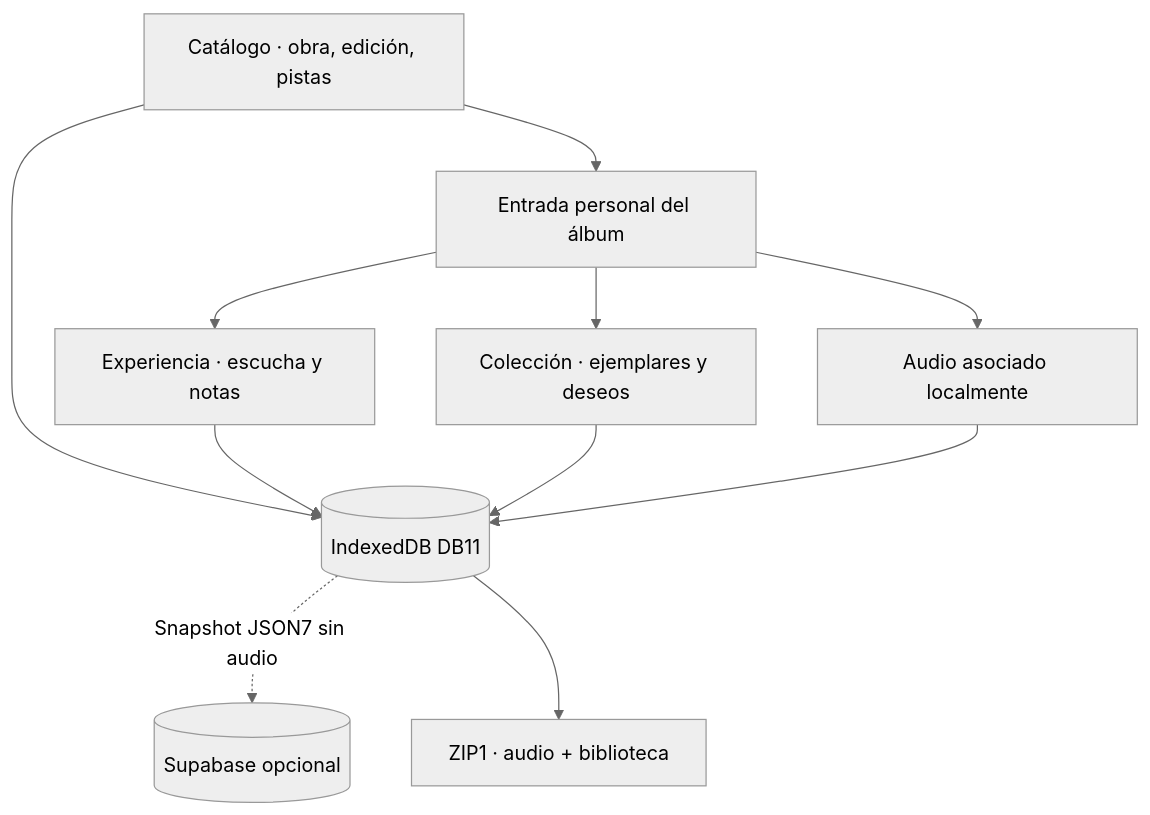
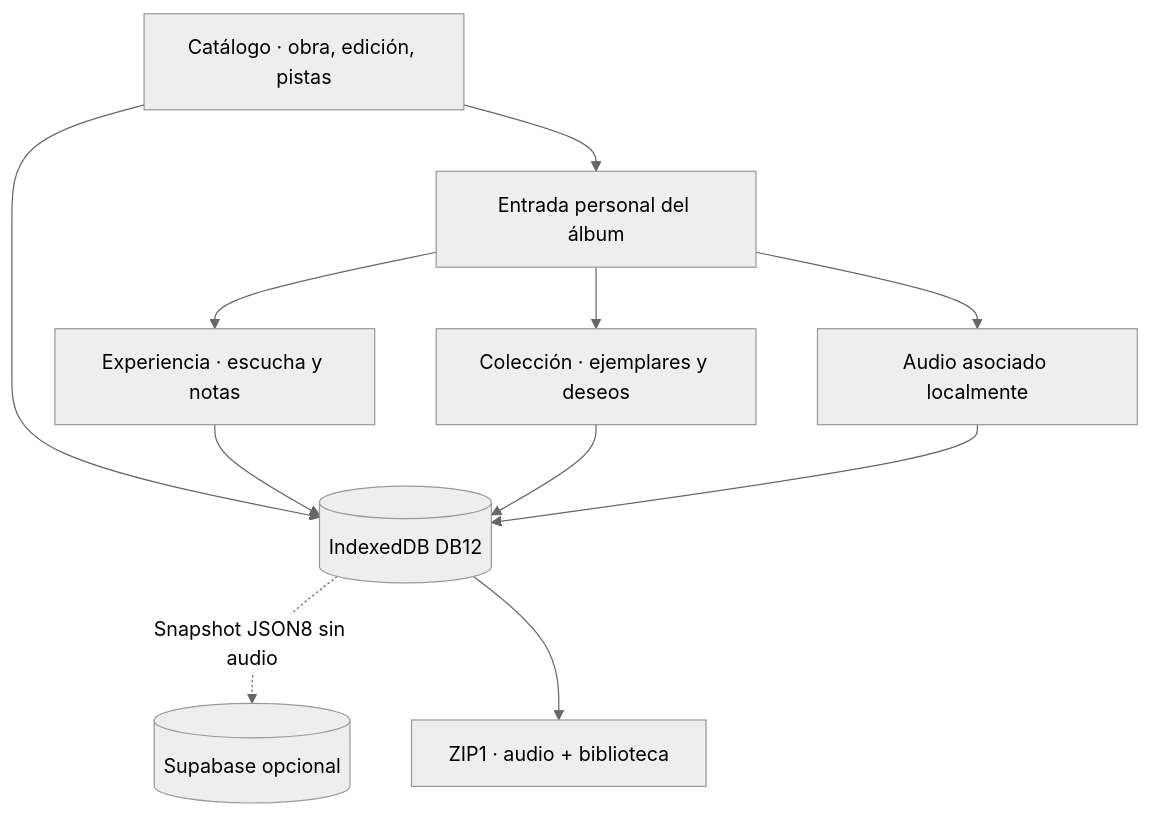
One commit to NicoCG32/Auditorium changed the diagram in docs/README.md. Above: the diagram before and after it, drawn with Mermaid (neutral theme). The commit also changed other lines of this file and 105 other files, not shown here.

````diff
--- a/docs/README.md
+++ b/docs/README.md
@@ -34,13 +34,13 @@
 ```mermaid
 flowchart TD
     A["Catálogo · obra, edición, pistas"] --> U["Entrada personal del álbum"]
     U --> E["Experiencia · escucha y notas"]
     U --> C["Colección · ejemplares y deseos"]
     U --> L["Audio asociado localmente"]
-    A --> B[("IndexedDB DB11")]
+    A --> B[("IndexedDB DB12")]
     E --> B
     C --> B
     L --> B
-    B -. "Snapshot JSON7 sin audio" .-> R[("Supabase opcional")]
+    B -. "Snapshot JSON8 sin audio" .-> R[("Supabase opcional")]
     B --> Z["ZIP1 · audio + biblioteca"]
 ```
````
